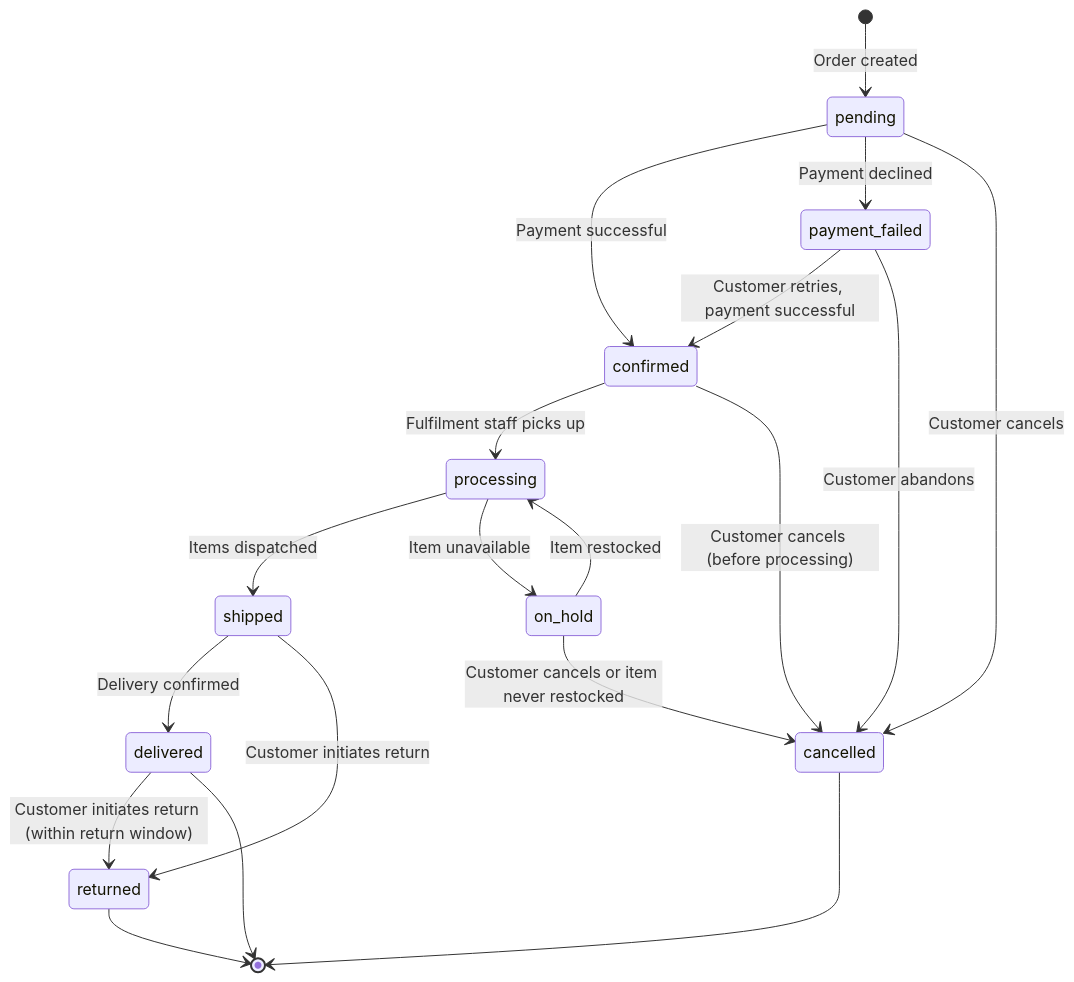
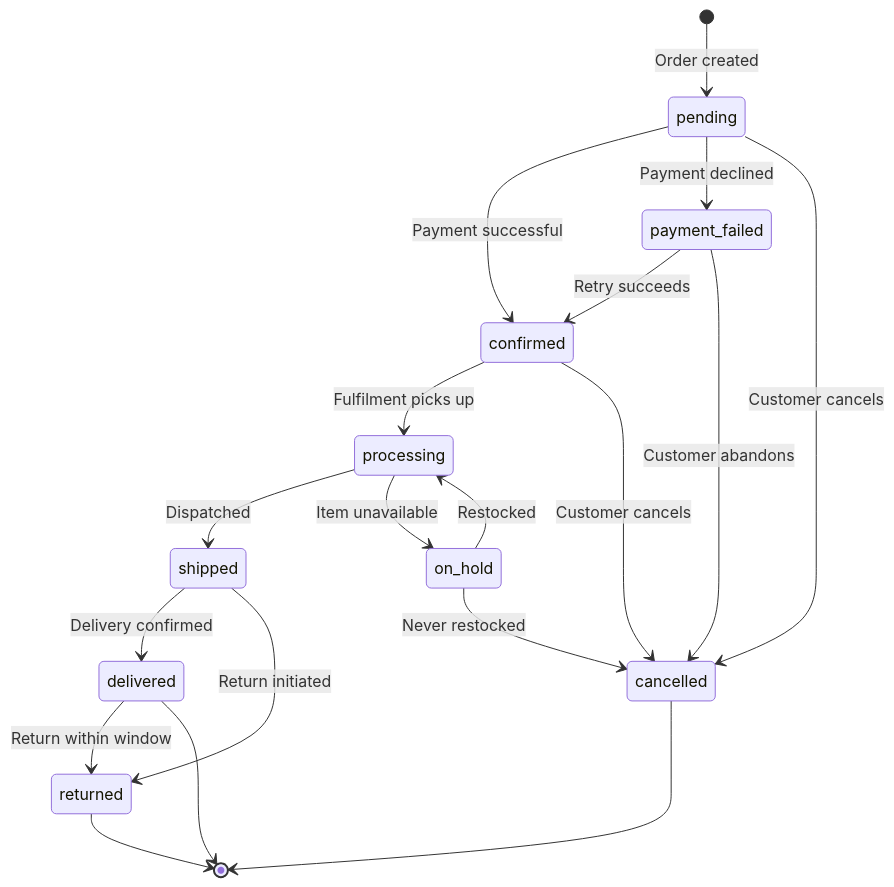
Before and after one commit to wrteam-jay/blueprint: the fourth of 5 diagrams in skills/blueprint/references/diagram-guide.md, drawn with Mermaid. The commit also changed other lines of this file and 13 other files, not shown here.

````diff
--- a/skills/blueprint/references/diagram-guide.md
+++ b/skills/blueprint/references/diagram-guide.md
@@ -115,29 +82,21 @@
 ```mermaid
 stateDiagram-v2
     [*] --> pending : Order created
-
     pending --> confirmed : Payment successful
     pending --> payment_failed : Payment declined
     pending --> cancelled : Customer cancels
-
-    payment_failed --> confirmed : Customer retries, payment successful
+    payment_failed --> confirmed : Retry succeeds
     payment_failed --> cancelled : Customer abandons
-
-    confirmed --> processing : Fulfilment staff picks up
-    confirmed --> cancelled : Customer cancels (before processing)
-
-    processing --> shipped : Items dispatched
+    confirmed --> processing : Fulfilment picks up
+    confirmed --> cancelled : Customer cancels
+    processing --> shipped : Dispatched
     processing --> on_hold : Item unavailable
-
-    on_hold --> processing : Item restocked
-    on_hold --> cancelled : Customer cancels or item never restocked
-
+    on_hold --> processing : Restocked
+    on_hold --> cancelled : Never restocked
     shipped --> delivered : Delivery confirmed
-    shipped --> returned : Customer initiates return
-
-    delivered --> returned : Customer initiates return (within return window)
-
+    shipped --> returned : Return initiated
+    delivered --> returned : Return within window
     cancelled --> [*]
     delivered --> [*]
     returned --> [*]
 ```
````
